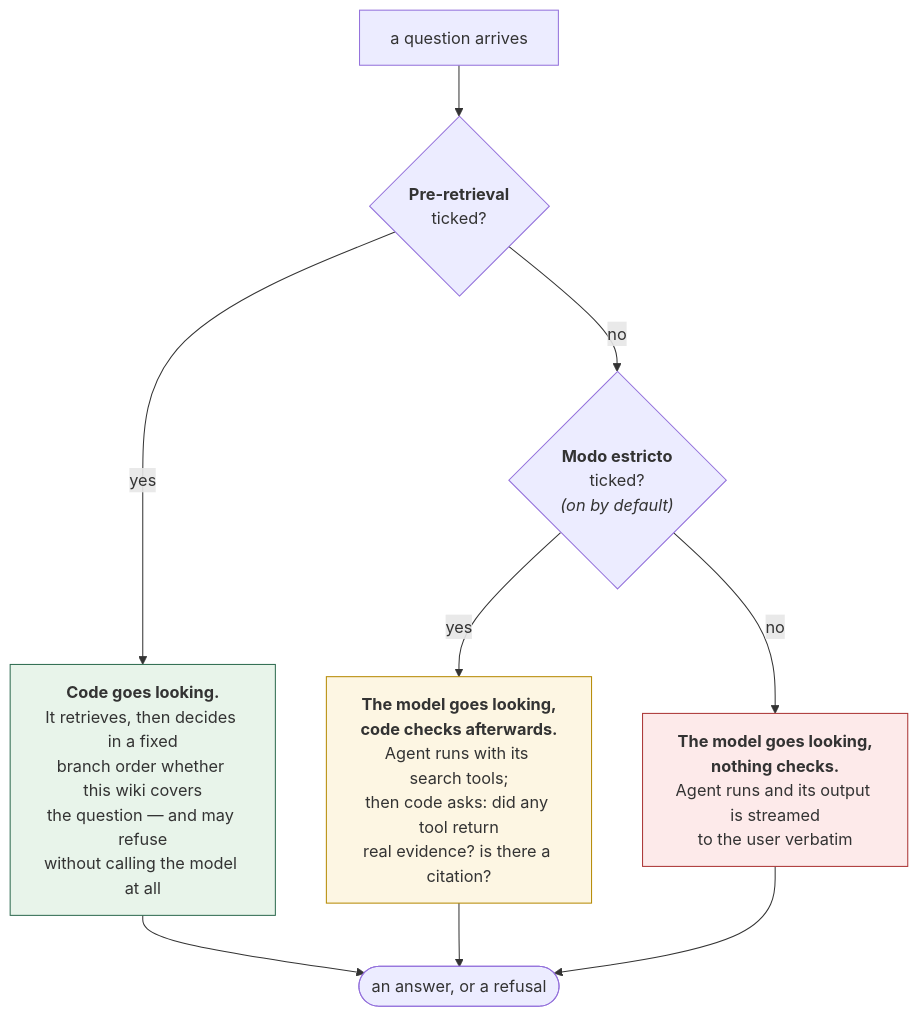
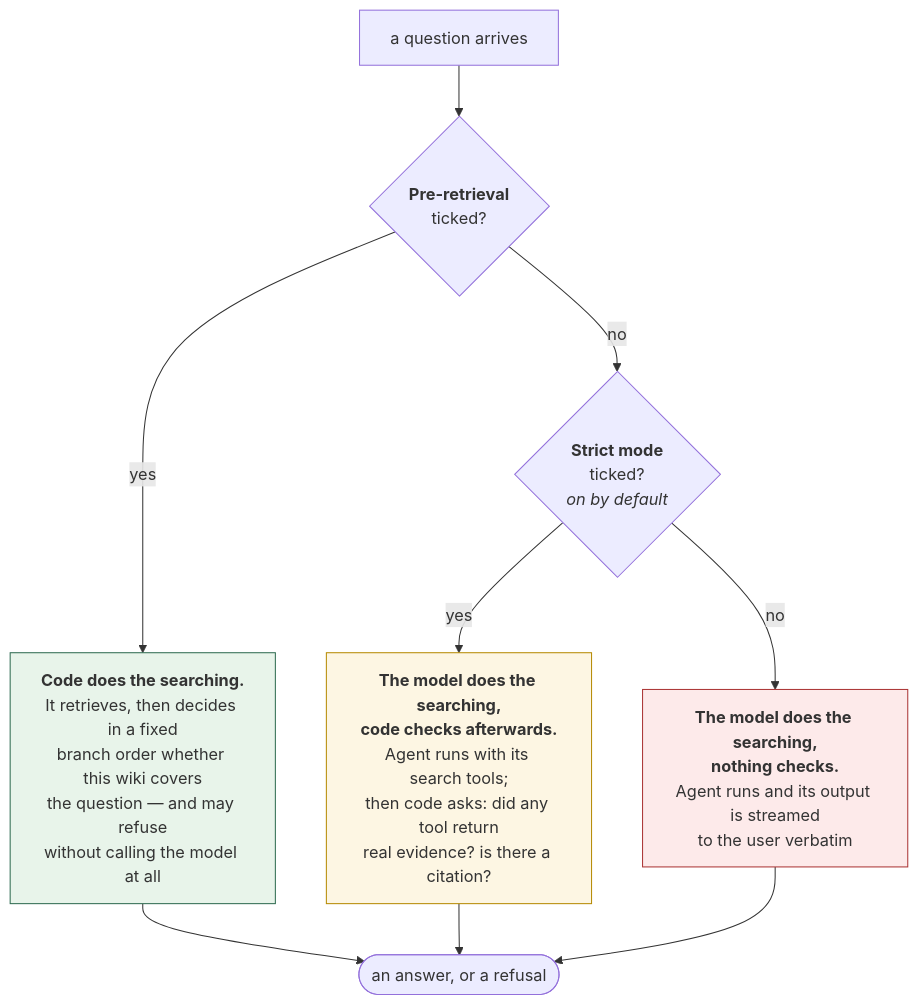
The first of 4 diagrams in docs/query_walkthrough.md (Clod/llmwiki-marimo), drawn with Mermaid before and after one commit. The commit also changed other lines of this file and 9 other files, not shown here.

````diff
--- a/docs/query_walkthrough.md
+++ b/docs/query_walkthrough.md
@@ -104,18 +104,18 @@
 ```mermaid
 flowchart TD
     Q["a question arrives"] --> PRE{"<b>Pre-retrieval</b><br/>ticked?"}
 
-    PRE -->|yes| C1["<b>Code goes looking.</b><br/>It retrieves, then decides in a fixed<br/>branch order whether this wiki covers<br/>the question — and may refuse<br/>without calling the model at all"]
-    PRE -->|no| STRICT{"<b>Modo estricto</b><br/>ticked?<br/><i>(on by default)</i>"}
+    PRE -->|yes| C1["<b>Code does the searching.</b><br/>It retrieves, then decides in a fixed<br/>branch order whether this wiki covers<br/>the question — and may refuse<br/>without calling the model at all"]
+    PRE -->|no| STRICT{"<b>Strict mode</b><br/>ticked?<br/><i>on by default</i>"}
 
-    STRICT -->|yes| C2["<b>The model goes looking,<br/>code checks afterwards.</b><br/>Agent runs with its search tools;<br/>then code asks: did any tool return<br/>real evidence? is there a citation?"]
-    STRICT -->|no| C3["<b>The model goes looking,<br/>nothing checks.</b><br/>Agent runs and its output is streamed<br/>to the user verbatim"]
+    STRICT -->|yes| C2["<b>The model does the searching,<br/>code checks afterwards.</b><br/>Agent runs with its search tools;<br/>then code asks: did any tool return<br/>real evidence? is there a citation?"]
+    STRICT -->|no| C3["<b>The model does the searching,<br/>nothing checks.</b><br/>Agent runs and its output is streamed<br/>to the user verbatim"]
 
     C1 --> A(["an answer, or a refusal"])
     C2 --> A
     C3 --> A
 
     style C1 fill:#e8f4ea,stroke:#2d6a4f
     style C2 fill:#fdf6e3,stroke:#b58900
     style C3 fill:#fdeaea,stroke:#a33
 ```
````
